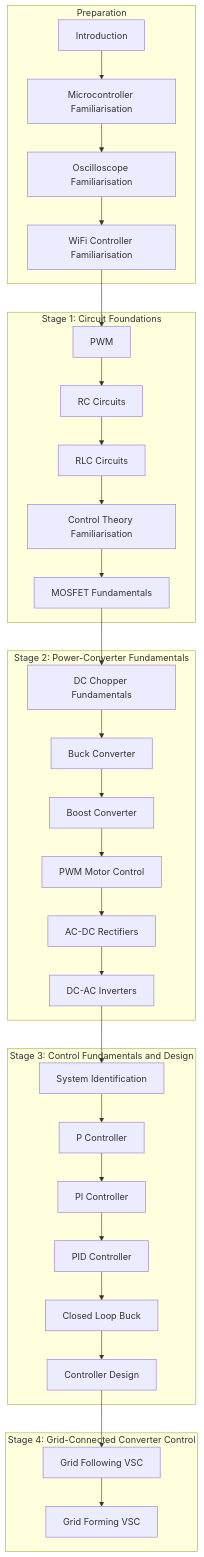
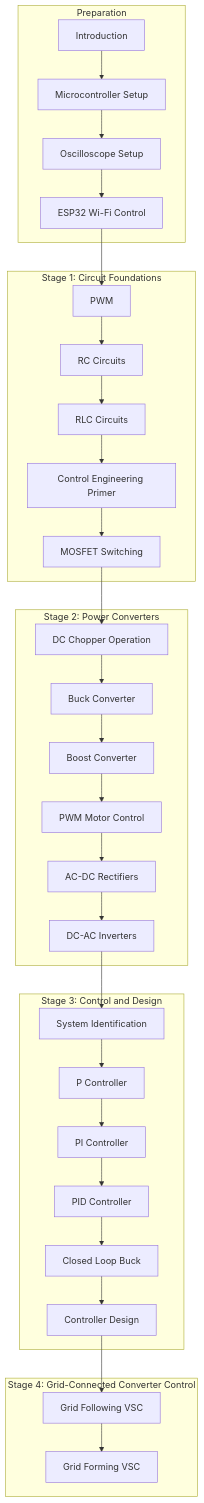
The diagram in docs/index.md (jaimetriv/power-electronics-and-control-training), drawn with Mermaid before and after one commit. The commit also changed other lines of this file and 17 other files, not shown here.

Commit message:
Removed terms fundamentals or Familiarisation

````diff
--- a/docs/index.md
+++ b/docs/index.md
@@ -93,58 +93,58 @@
 ```mermaid
 flowchart TD
 
 subgraph S0[Preparation]
 A[Introduction]
---> A1[Microcontroller Familiarisation]
+--> A1[Microcontroller Setup]
 
-A1 --> A2[Oscilloscope Familiarisation]
+A1 --> A2[Oscilloscope Setup]
 
-A2 --> A3[WiFi Controller Familiarisation]
+A2 --> A3[ESP32 Wi-Fi Control]
 end
 
 subgraph S1[Stage 1: Circuit Foundations]
 A3 --> B[PWM]
 
 B --> C[RC Circuits]
 
 C --> D[RLC Circuits]
 
-D --> CP[Control Theory Familiarisation]
+D --> CP[Control Engineering Primer]
 
-CP --> E[MOSFET Fundamentals]
+CP --> E[MOSFET Switching]
 end
 
-subgraph S2[Stage 2: Power-Converter Fundamentals]
-E --> F[DC Chopper Fundamentals]
+subgraph S2[Stage 2: Power Converters]
+E --> F[DC Chopper Operation]
 
 F --> G[Buck Converter]
 
 G --> H[Boost Converter]
 
 H --> I[PWM Motor Control]
 
 I --> J[AC-DC Rectifiers]
 
 J --> K[DC-AC Inverters]
 end
 
-subgraph S3[Stage 3: Control Fundamentals and Design]
+subgraph S3[Stage 3: Control and Design]
 K --> L[System Identification]
 
 L --> M[P Controller]
 
 M --> N[PI Controller]
 
 N --> O[PID Controller]
 
 O --> P[Closed Loop Buck]
 
 P --> Q[Controller Design]
 end
 
 subgraph S4[Stage 4: Grid-Connected Converter Control]
 Q --> R[Grid Following VSC]
 
 R --> S[Grid Forming VSC]
 end
 ```
````
